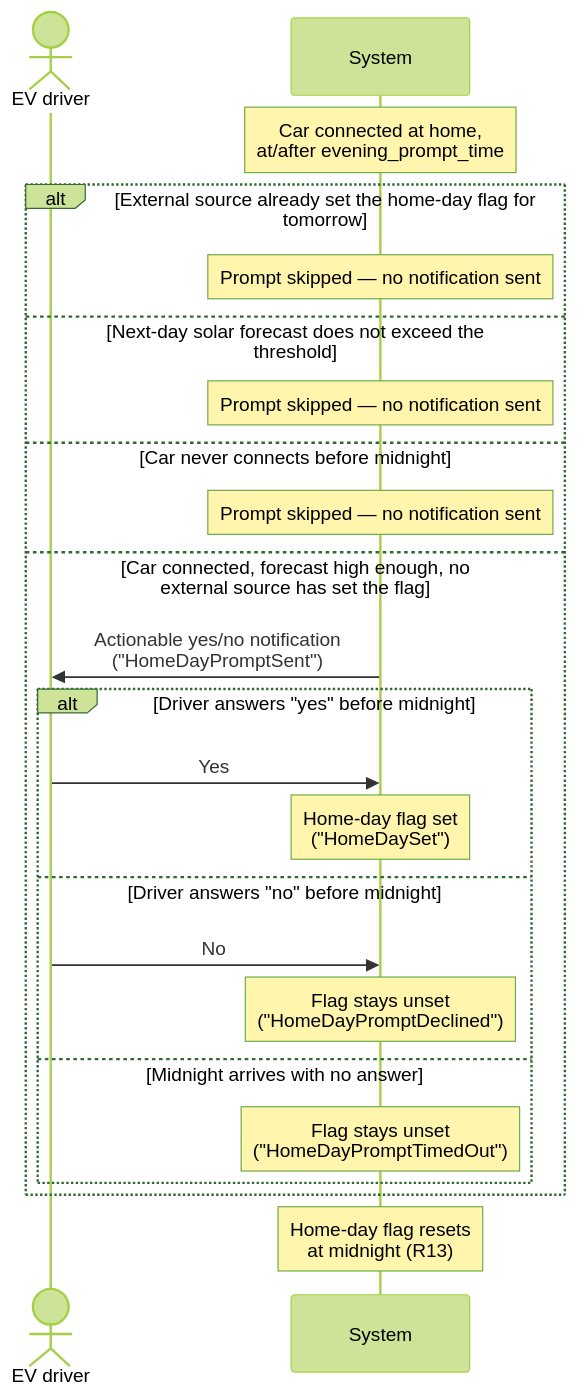
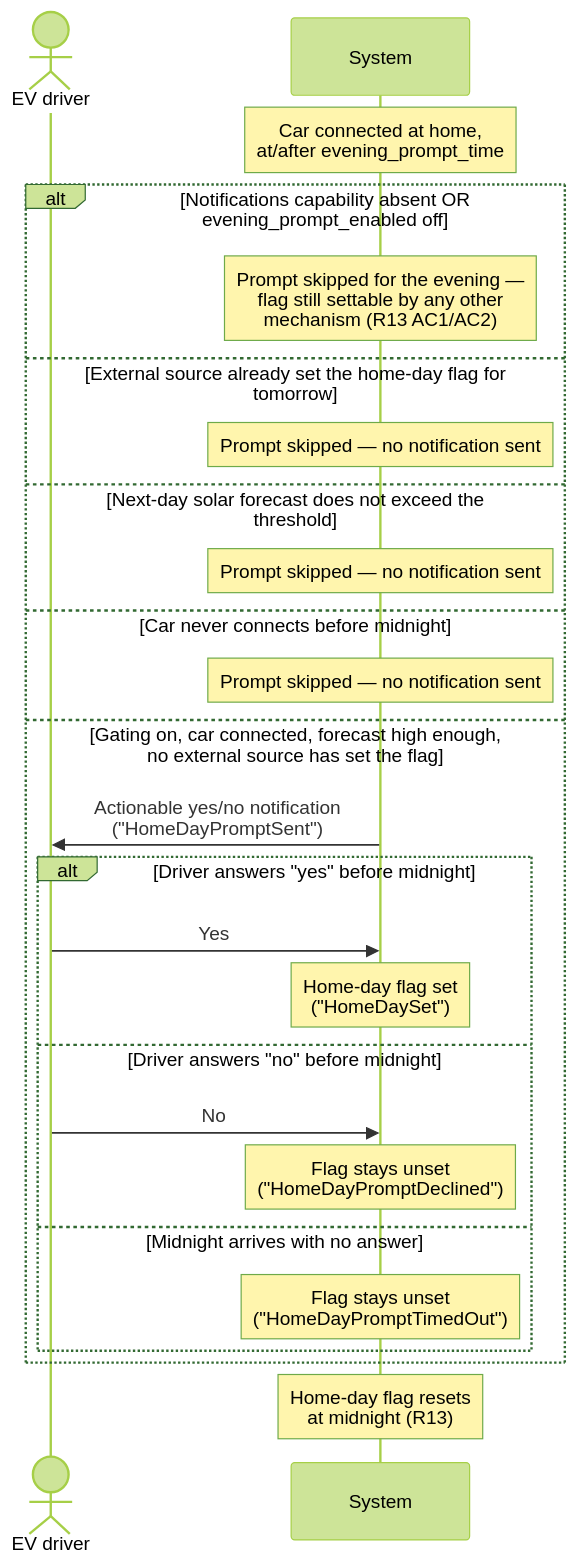
The diagram in docs/analysis/use-cases/UC08-plan-tomorrow-home-day.md (kristofdegrave/homeassistant-smart-charging), drawn with Mermaid (forest theme) before and after one commit. The commit also changed other lines of this file, not shown here.

First line of the commit message:
docs: bring UC08's evening-prompt toggle gating to the same rigor as UC10

````diff
--- a/docs/analysis/use-cases/UC08-plan-tomorrow-home-day.md
+++ b/docs/analysis/use-cases/UC08-plan-tomorrow-home-day.md
@@ -86,25 +97,27 @@
 ```mermaid
 sequenceDiagram
     actor Driver as EV driver
     participant System
     Note over System: Car connected at home,<br/>at/after evening_prompt_time
-    alt External source already set the home-day flag for tomorrow
+    alt Notifications capability absent OR evening_prompt_enabled off
+        Note over System: Prompt skipped for the evening —<br/>flag still settable by any other<br/>mechanism (R13 AC1/AC2)
+    else External source already set the home-day flag for tomorrow
         Note over System: Prompt skipped — no notification sent
     else Next-day solar forecast does not exceed the threshold
         Note over System: Prompt skipped — no notification sent
     else Car never connects before midnight
         Note over System: Prompt skipped — no notification sent
-    else Car connected, forecast high enough, no external source has set the flag
+    else Gating on, car connected, forecast high enough, no external source has set the flag
         System->>Driver: Actionable yes/no notification<br/>("HomeDayPromptSent")
         alt Driver answers "yes" before midnight
             Driver->>System: Yes
             Note over System: Home-day flag set<br/>("HomeDaySet")
         else Driver answers "no" before midnight
             Driver->>System: No
             Note over System: Flag stays unset<br/>("HomeDayPromptDeclined")
         else Midnight arrives with no answer
             Note over System: Flag stays unset<br/>("HomeDayPromptTimedOut")
         end
     end
     Note over System: Home-day flag resets<br/>at midnight (R13)
 ```
````
